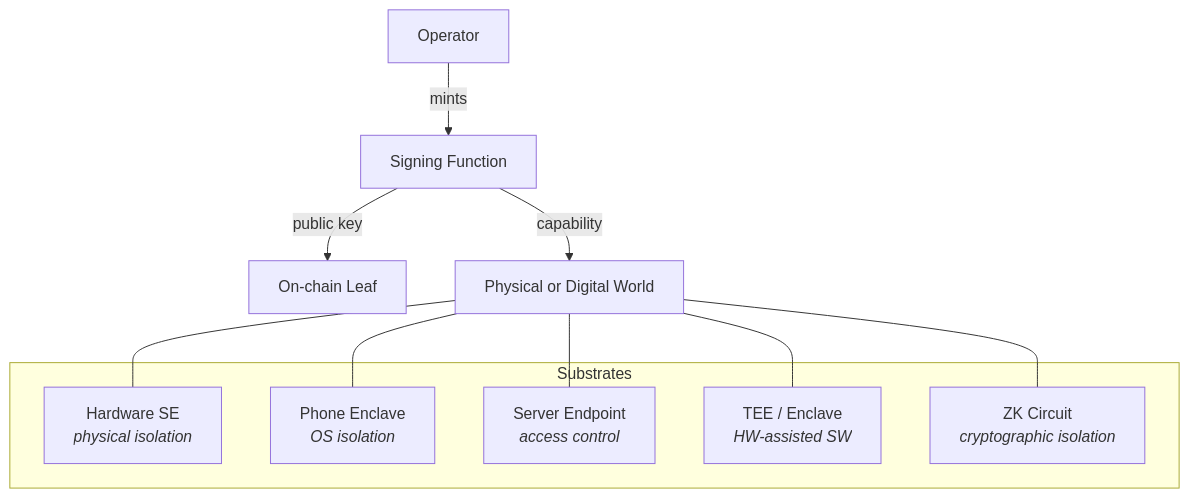
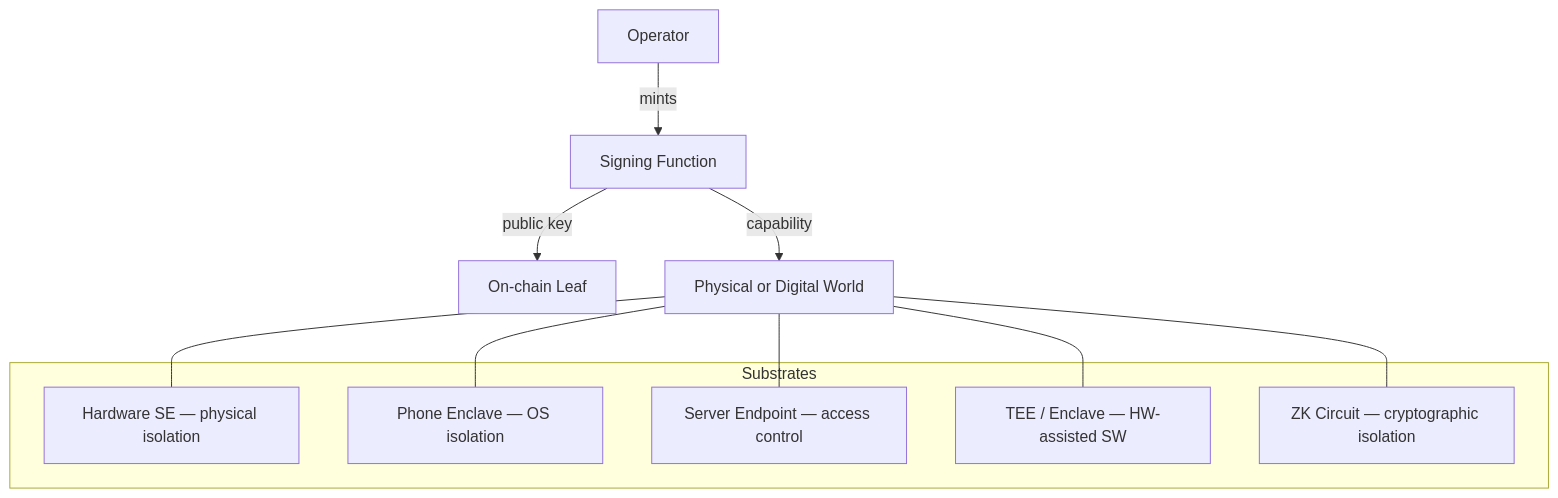
Diagram 11 of 19 in docs/framework/schema.md (lambdasistemi/cardano-for-regulators), drawn with Mermaid before and after one commit. The commit also changed other lines of this file and 1 other file, not shown here.

First line of the commit message:
fix: replace HTML tags in mermaid node labels with plain text

````diff
--- a/docs/framework/schema.md
+++ b/docs/framework/schema.md
@@ -422,20 +422,20 @@
 ```mermaid
 graph TB
     OP[Operator] -->|mints| SF[Signing Function]
     SF -->|public key| CHAIN[On-chain Leaf]
     SF -->|capability| WORLD[Physical or Digital World]
 
     subgraph Substrates
-        HW[Hardware SE<br/><i>physical isolation</i>]
-        PH[Phone Enclave<br/><i>OS isolation</i>]
-        SV[Server Endpoint<br/><i>access control</i>]
-        TEE[TEE / Enclave<br/><i>HW-assisted SW</i>]
-        ZK[ZK Circuit<br/><i>cryptographic isolation</i>]
+        HW["Hardware SE — physical isolation"]
+        PH["Phone Enclave — OS isolation"]
+        SV["Server Endpoint — access control"]
+        TEE["TEE / Enclave — HW-assisted SW"]
+        ZK["ZK Circuit — cryptographic isolation"]
     end
 
     WORLD --- HW
     WORLD --- PH
     WORLD --- SV
     WORLD --- TEE
     WORLD --- ZK
 ```
````
